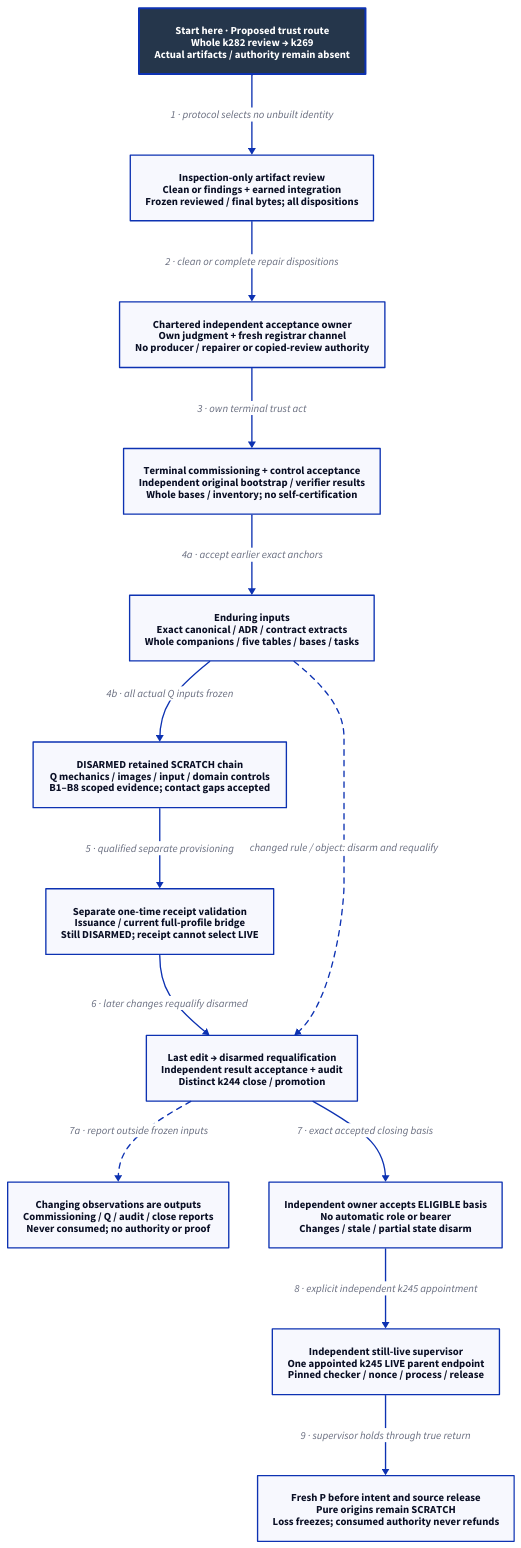
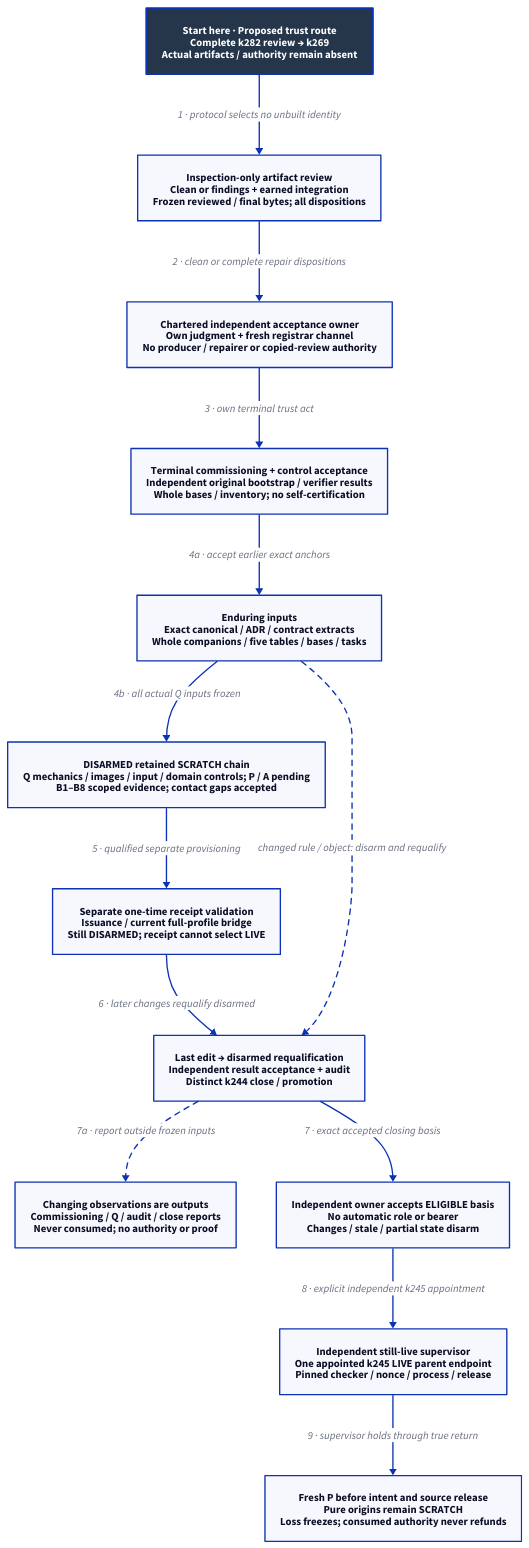
The diagram in docs/design/architecture/native-reference-proof.d2 (Linkuistics/Koine), drawn with D2 before and after one commit. The commit also changed 51 other files, not shown here.

Commit message:
Reconcile complete reference admission design (reference-evidence-admission-completion-k287, reference-evidence-admission-completion-k282)

```diff
--- a/docs/design/architecture/native-reference-proof.d2
+++ b/docs/design/architecture/native-reference-proof.d2
@@ -1,29 +1,29 @@
 # Proposed dependency flow; root, tools and controls remain unqualified.
 direction: down
 classes: {
   start: {style: {fill: "#25364B"; font-color: "#FFFFFF"; bold: true; stroke-width: 3}}
 }
-Start: "Start here · Proposed trust route\nWhole k282 review → k269\nActual artifacts / authority remain absent" {class: start}
+Start: "Start here · Proposed trust route\nComplete k282 review → k269\nActual artifacts / authority remain absent" {class: start}
 Review: "Inspection-only artifact review\nClean or findings + earned integration\nFrozen reviewed / final bytes; all dispositions"
 Owner: "Chartered independent acceptance owner\nOwn judgment + fresh registrar channel\nNo producer / repairer or copied-review authority"
 Self: "Terminal commissioning + control acceptance\nIndependent original bootstrap / verifier results\nWhole bases / inventory; no self-certification"
-Qualification: "DISARMED retained SCRATCH chain\nQ mechanics / images / input / domain controls\nB1–B8 scoped evidence; contact gaps accepted"
+Qualification: "DISARMED retained SCRATCH chain\nQ mechanics / images / input / domain controls; P / A pending\nB1–B8 scoped evidence; contact gaps accepted"
 Inputs: "Enduring inputs\nExact canonical / ADR / contract extracts\nWhole companions / five tables / bases / tasks"
 Report: "Changing observations are outputs\nCommissioning / Q / audit / close reports\nNever consumed; no authority or proof"
 Receipt: "Separate one-time receipt validation\nIssuance / current full-profile bridge\nStill DISARMED; receipt cannot select LIVE"
 Final: "Last edit → disarmed requalification\nIndependent result acceptance + audit\nDistinct k244 close / promotion"
 Release: "Independent owner accepts ELIGIBLE basis\nNo automatic role or bearer\nChanges / stale / partial state disarm"
 Channel: "Independent still-live supervisor\nOne appointed k245 LIVE parent endpoint\nPinned checker / nonce / process / release"
 Boundary: "Fresh P before intent and source release\nPure origins remain SCRATCH\nLoss freezes; consumed authority never refunds"
 Start -> Review: "1 · protocol selects no unbuilt identity"
 Review -> Owner: "2 · clean or complete repair dispositions"
 Owner -> Self: "3 · own terminal trust act"
 Self -> Inputs: "4a · accept earlier exact anchors"
 Inputs -> Qualification: "4b · all actual Q inputs frozen"
 Qualification -> Receipt: "5 · qualified separate provisioning"
 Receipt -> Final: "6 · later changes requalify disarmed"
 Final -> Release: "7 · exact accepted closing basis"
 Final -> Report: "7a · report outside frozen inputs" {style.stroke-dash: 4}
 Inputs -> Final: "changed rule / object: disarm and requalify" {style.stroke-dash: 4}
 Release -> Channel: "8 · explicit independent k245 appointment"
 Channel -> Boundary: "9 · supervisor holds through true return"
```
